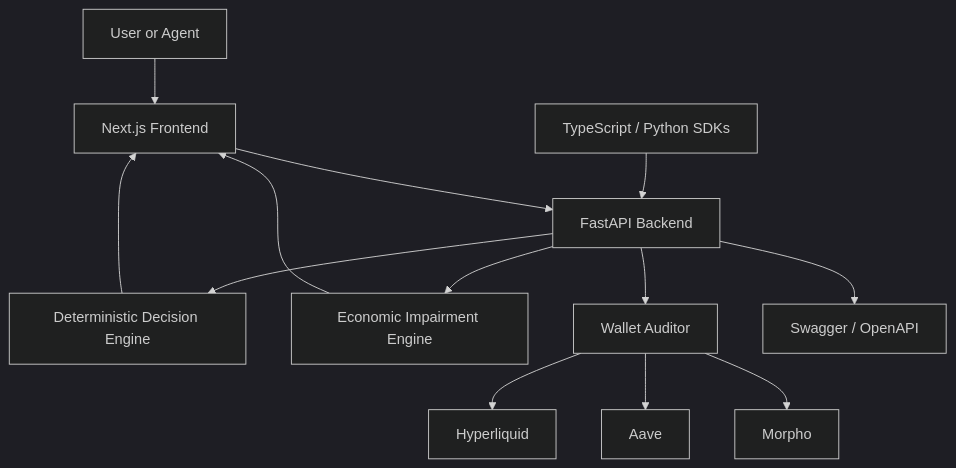
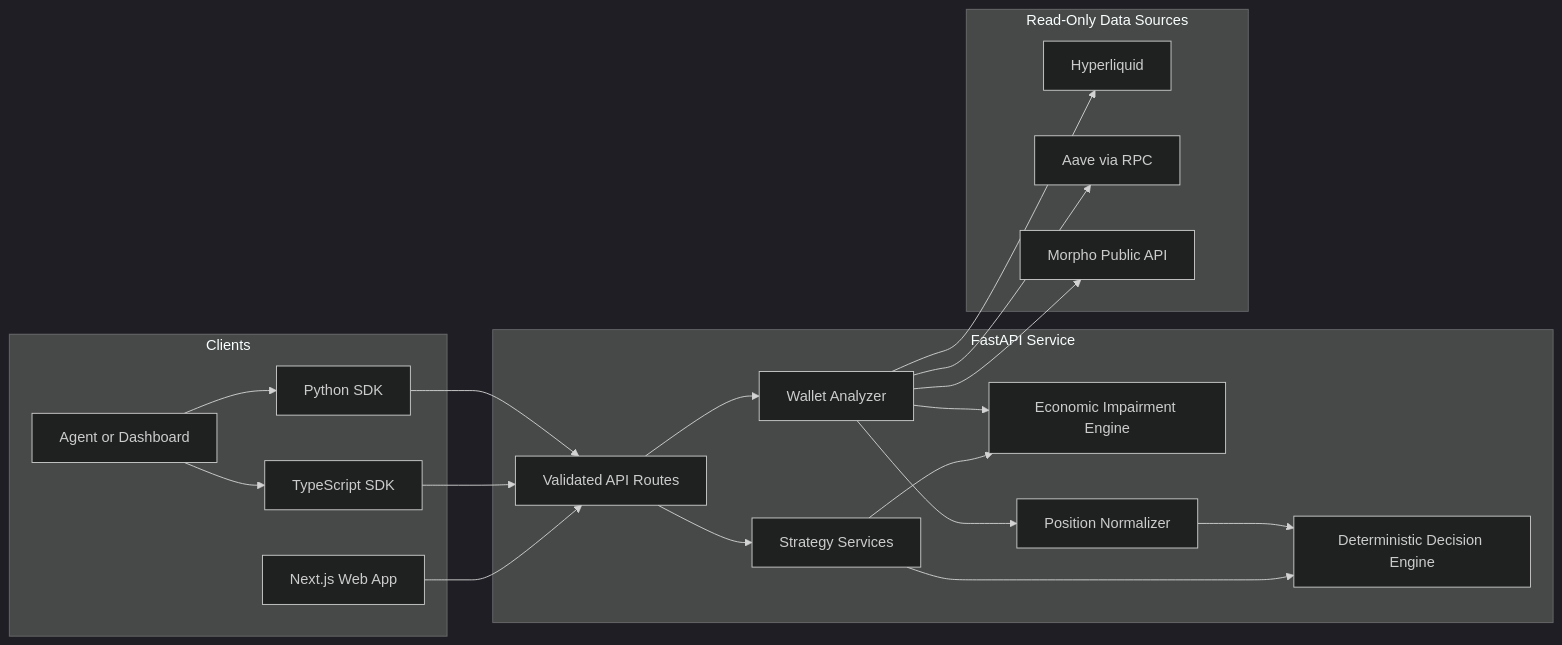
Before and after one commit to Teecash96/DeltaZero: the diagram in README.md, drawn with Mermaid (dark theme). The commit also changed other lines of this file, not shown here.

````diff
--- a/README.md
+++ b/README.md
@@ -54,27 +134,40 @@
 ```mermaid
-flowchart TB
-    U[User or Agent]
-    FE[Next.js Frontend]
-    SDK[TypeScript / Python SDKs]
-    API[FastAPI Backend]
-    DE[Deterministic Decision Engine]
-    IE[Economic Impairment Engine]
-    WA[Wallet Auditor]
-    HL[Hyperliquid]
-    AA[Aave]
-    MO[Morpho]
-    DOCS[Swagger / OpenAPI]
+flowchart LR
+    subgraph Clients
+        WEB[Next.js Web App]
+        TS[TypeScript SDK]
+        PY[Python SDK]
+        AGENT[Agent or Dashboard]
+    end
 
-    U --> FE
-    SDK --> API
-    FE --> API
-    API --> DE
-    API --> IE
-    API --> WA
-    WA --> HL
-    WA --> AA
-    WA --> MO
-    API --> DOCS
-    DE --> FE
-    IE --> FE
+    subgraph API[FastAPI Service]
+        ROUTES[Validated API Routes]
+        STRATEGY[Strategy Services]
+        DECISION[Deterministic Decision Engine]
+        IMPAIRMENT[Economic Impairment Engine]
+        WALLET[Wallet Analyzer]
+        NORMALIZER[Position Normalizer]
+    end
+
+    subgraph Sources[Read-Only Data Sources]
+        HL[Hyperliquid]
+        AAVE[Aave via RPC]
+        MORPHO[Morpho Public API]
+    end
+
+    WEB --> ROUTES
+    TS --> ROUTES
+    PY --> ROUTES
+    AGENT --> TS
+    AGENT --> PY
+    ROUTES --> STRATEGY
+    ROUTES --> WALLET
+    STRATEGY --> DECISION
+    STRATEGY --> IMPAIRMENT
+    WALLET --> NORMALIZER
+    NORMALIZER --> DECISION
+    WALLET --> IMPAIRMENT
+    WALLET --> HL
+    WALLET --> AAVE
+    WALLET --> MORPHO
 ```
````
